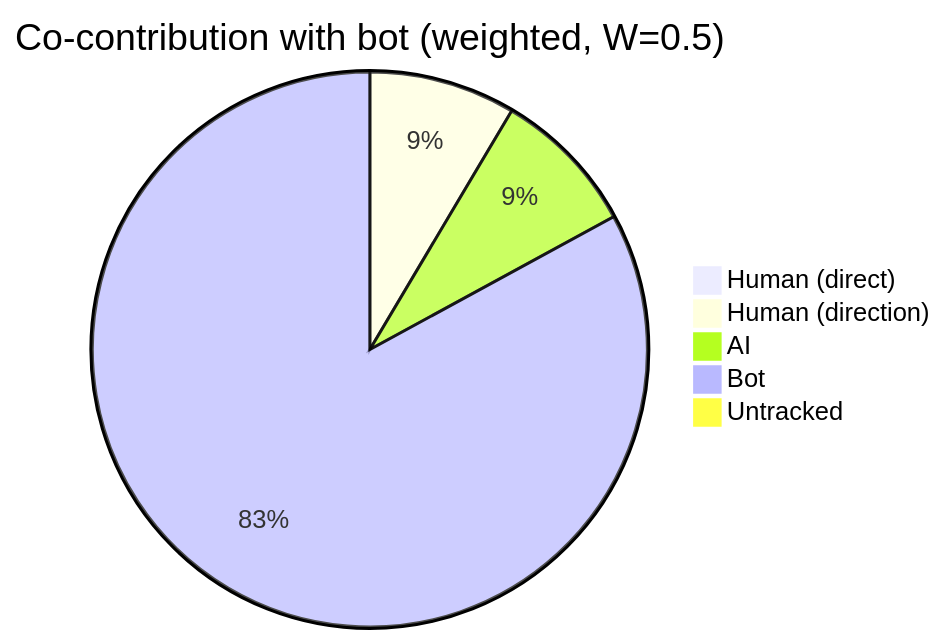
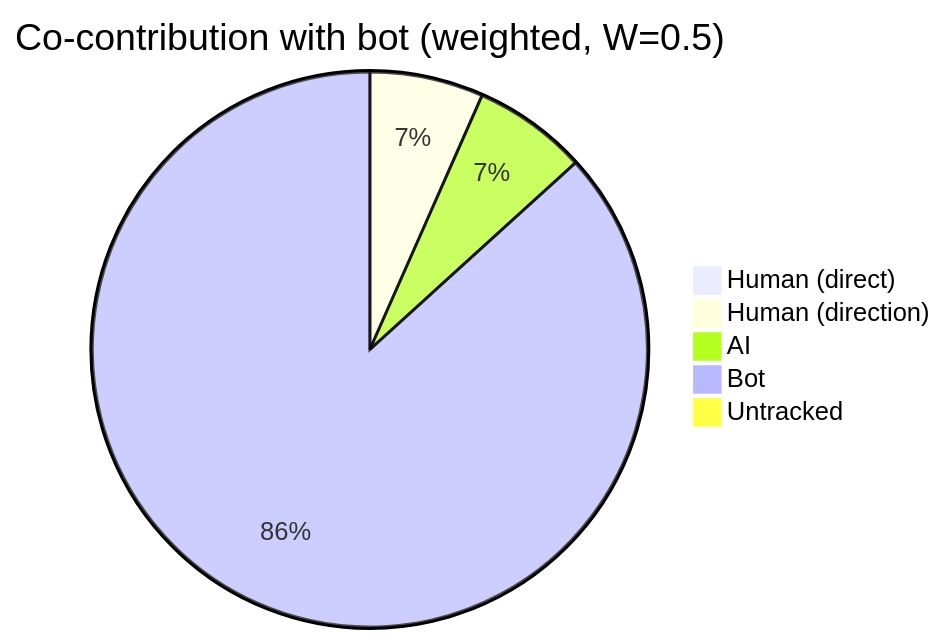
One commit to CaliMark/ai-authorship changed the third of 7 diagrams in AI-AUTHORSHIP.md. Above: the diagram before and after it, drawn with Mermaid. The commit also changed other lines of this file and 1 other file, not shown here.

````diff
--- a/AI-AUTHORSHIP.md
+++ b/AI-AUTHORSHIP.md
@@ -46,8 +46,8 @@
 ```mermaid
 pie title Co-contribution with bot (weighted, W=0.5)
     "Human (direct)" : 0
-    "Human (direction)" : 318
-    "AI" : 318
-    "Bot" : 3091
-    "Untracked" : 0
+    "Human (direction)" : 240
+    "AI" : 241
+    "Bot" : 3144
+    "Untracked" : 18
 ```
````
